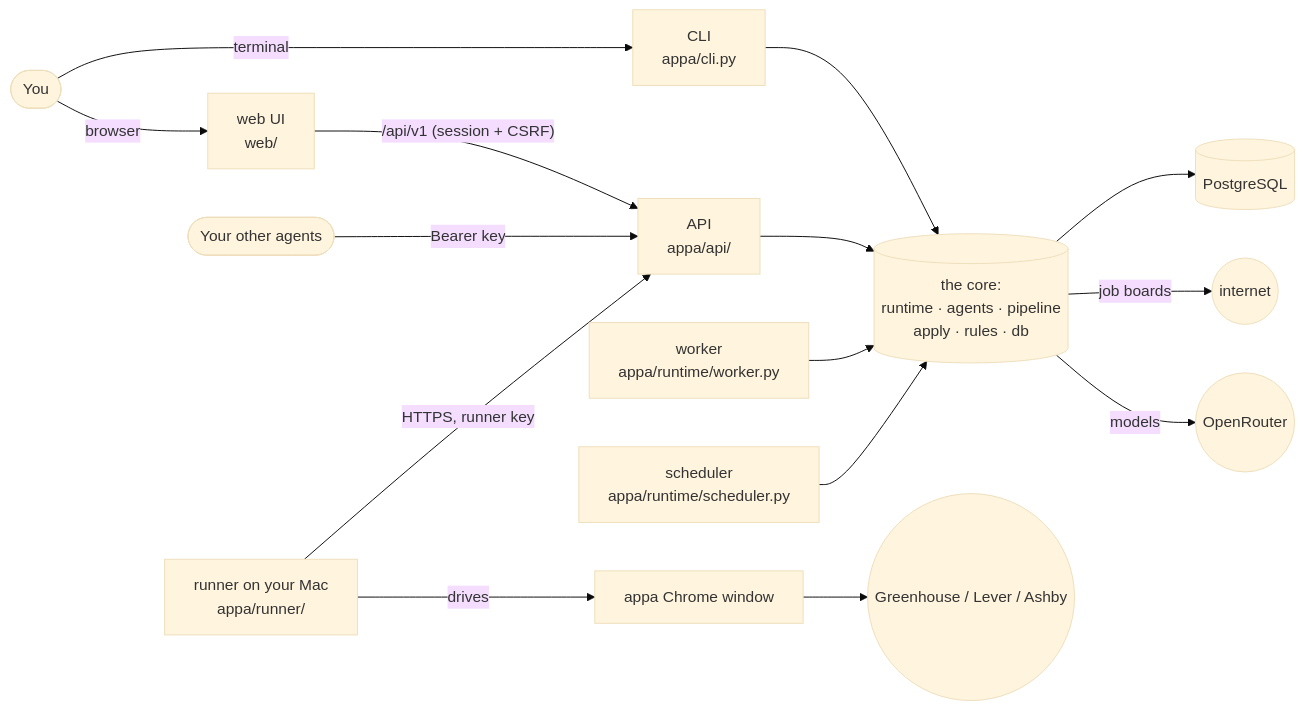
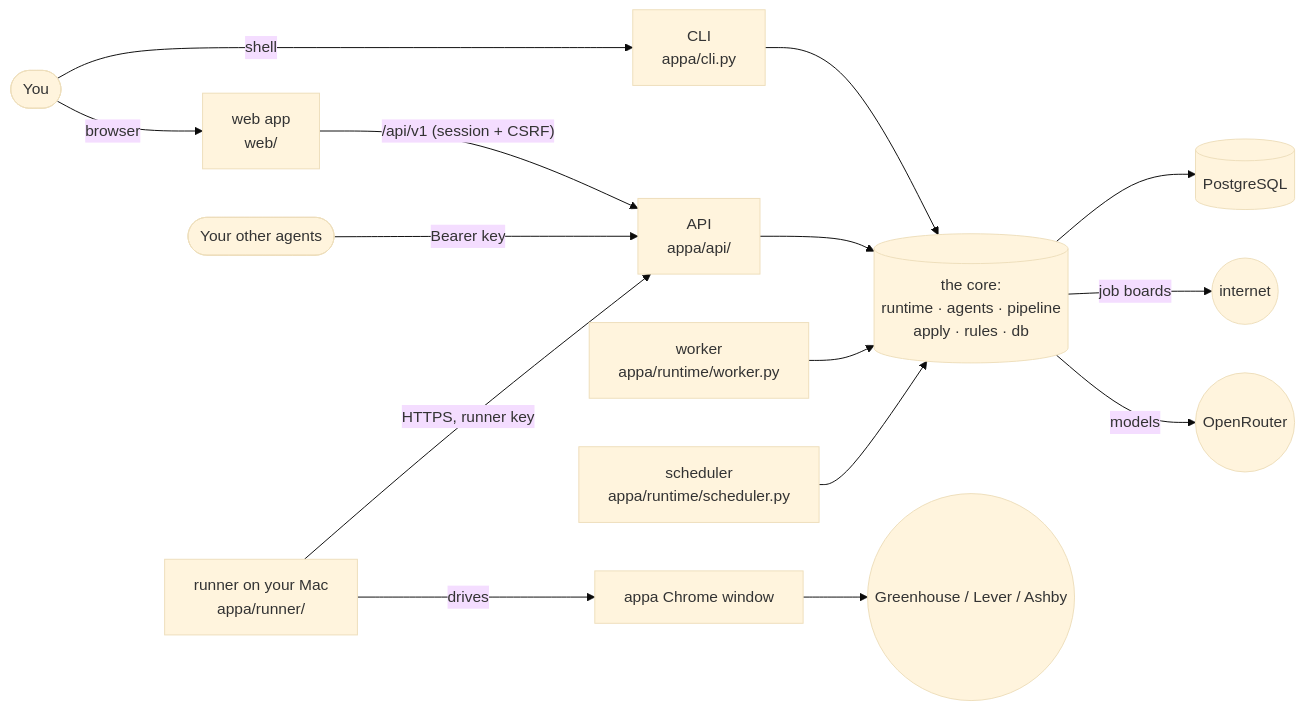
One commit to johnruge/appa changed the first of 7 diagrams in docs/TOUR.md. Above: the diagram before and after it, drawn with Mermaid (base theme). The commit also changed other lines of this file and 12 other files, not shown here.

````diff
--- a/docs/TOUR.md
+++ b/docs/TOUR.md
@@ -17,16 +18,16 @@
 ```mermaid
 flowchart LR
-    you([You]) -- browser --> ui[web UI<br/>web/]
-    you -- terminal --> cli[CLI<br/>appa/cli.py]
+    you([You]) -- browser --> ui[web app<br/>web/]
+    you -- shell --> cli[CLI<br/>appa/cli.py]
     ui -- "/api/v1 (session + CSRF)" --> api[API<br/>appa/api/]
     agents([Your other agents]) -- "Bearer key" --> api
     cli --> core
     api --> core[(the core:<br/>runtime · agents · pipeline<br/>apply · rules · db)]
     worker[worker<br/>appa/runtime/worker.py] --> core
     sched[scheduler<br/>appa/runtime/scheduler.py] --> core
     core --> pg[(PostgreSQL)]
     core -- job boards --> net((internet))
     core -- models --> or((OpenRouter))
     runner[runner on your Mac<br/>appa/runner/] -- "HTTPS, runner key" --> api
     runner -- drives --> chrome[appa Chrome window] --> ats((Greenhouse / Lever / Ashby))
 ```
````
